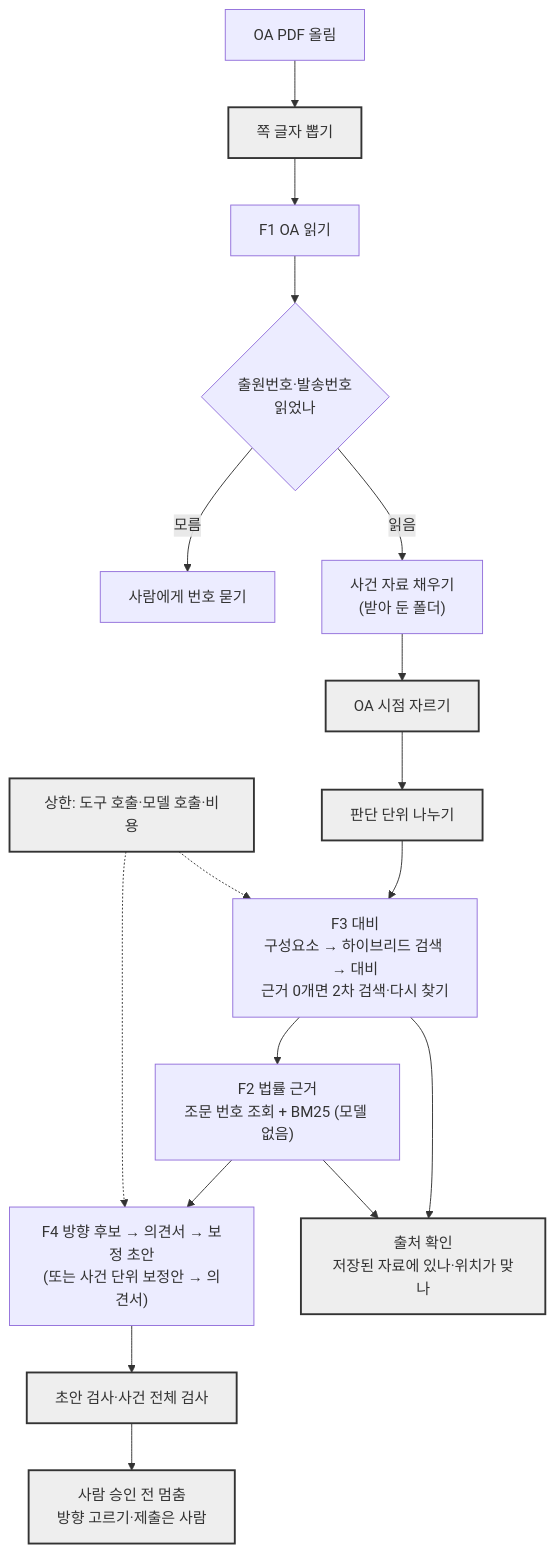
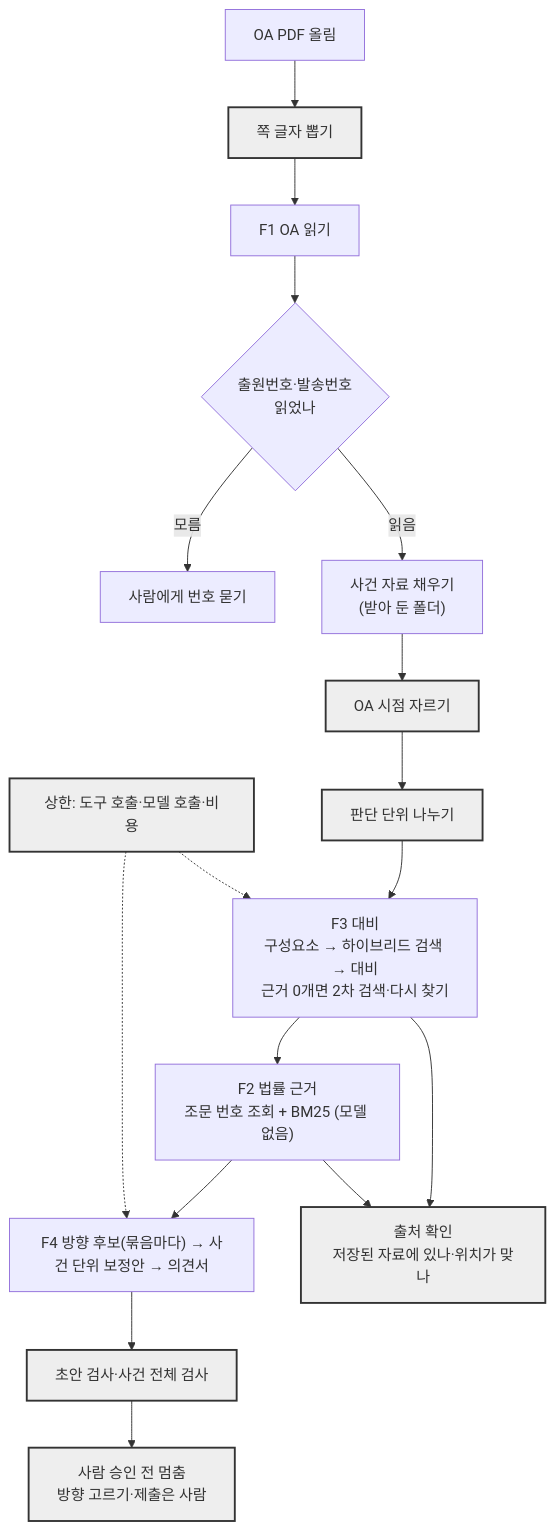
Before and after one commit to merge-mates/patent-ai-workspace: the second of 2 diagrams in docs/architecture.md, drawn with Mermaid. The commit also changed other lines of this file and 1 other file, not shown here.

````diff
--- a/docs/architecture.md
+++ b/docs/architecture.md
@@ -98,19 +98,19 @@
 ```mermaid
 flowchart TD
   IN["OA PDF 올림"] --> PG["쪽 글자 뽑기"]
   PG --> F1["F1 OA 읽기"]
   F1 --> CHK0{"출원번호·발송번호<br/>읽었나"}
   CHK0 -- 모름 --> ASK["사람에게 번호 묻기"]
   CHK0 -- 읽음 --> FILL["사건 자료 채우기<br/>(받아 둔 폴더)"]
   FILL --> CUT["OA 시점 자르기"]
   CUT --> UNIT["판단 단위 나누기"]
   UNIT --> F3["F3 대비<br/>구성요소 → 하이브리드 검색 → 대비<br/>근거 0개면 2차 검색·다시 찾기"]
   F3 --> F2["F2 법률 근거<br/>조문 번호 조회 + BM25 (모델 없음)"]
-  F2 --> F4["F4 방향 후보 → 의견서 → 보정 초안<br/>(또는 사건 단위 보정안 → 의견서)"]
+  F2 --> F4["F4 방향 후보(묶음마다) → 사건 단위 보정안 → 의견서"]
   F3 & F2 --> SRC["출처 확인<br/>저장된 자료에 있나·위치가 맞나"]
   F4 --> CHK["초안 검사·사건 전체 검사"]
   CHK --> HUMAN["사람 승인 전 멈춤<br/>방향 고르기·제출은 사람"]
   LIM["상한: 도구 호출·모델 호출·비용"] -.-> F3 & F4
   classDef fixed fill:#eee,stroke:#333,stroke-width:2px;
   class PG,CUT,UNIT,SRC,CHK,HUMAN,LIM fixed
 ```
````
